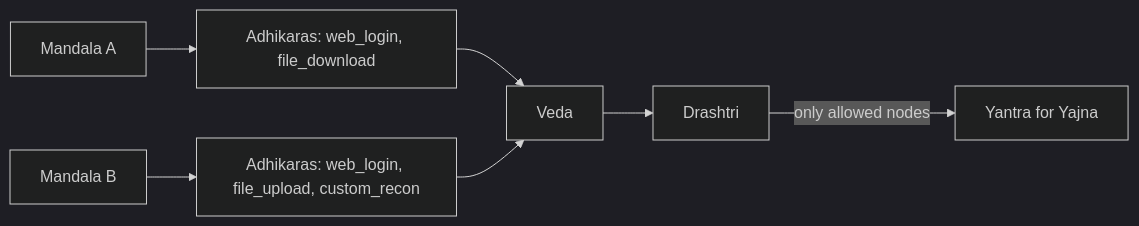
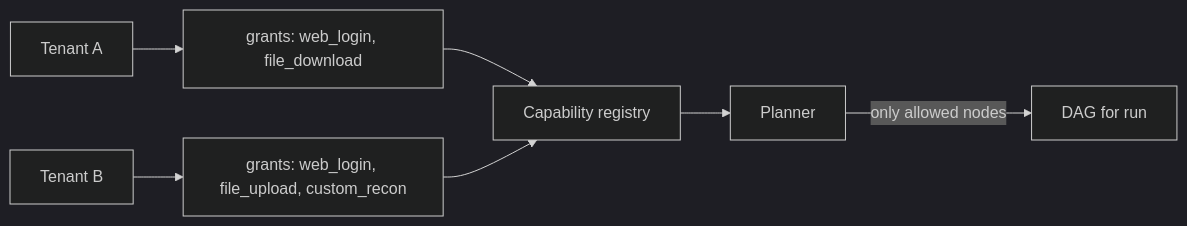
The third of 4 diagrams in documentation/src/01-HLD.md (so-weak/Aakaar), drawn with Mermaid (dark theme) before and after one commit. The commit also changed other lines of this file and 23 other files, not shown here.

````diff
--- a/documentation/src/01-HLD.md
+++ b/documentation/src/01-HLD.md
@@ -110,9 +133,9 @@
 ```mermaid
 flowchart LR
-  T1["Mandala A"] --> G1["Adhikaras: web_login, file_download"]
-  T2["Mandala B"] --> G2["Adhikaras: web_login, file_upload, custom_recon"]
-  G1 --> R["Veda"]
+  T1["Tenant A"] --> G1["grants: web_login, file_download"]
+  T2["Tenant B"] --> G2["grants: web_login, file_upload, custom_recon"]
+  G1 --> R["Capability registry"]
   G2 --> R
-  R --> P["Drashtri"]
-  P -->|"only allowed nodes"| D["Yantra for Yajna"]
+  R --> P["Planner"]
+  P -->|"only allowed nodes"| D["DAG for run"]
 ```
````
